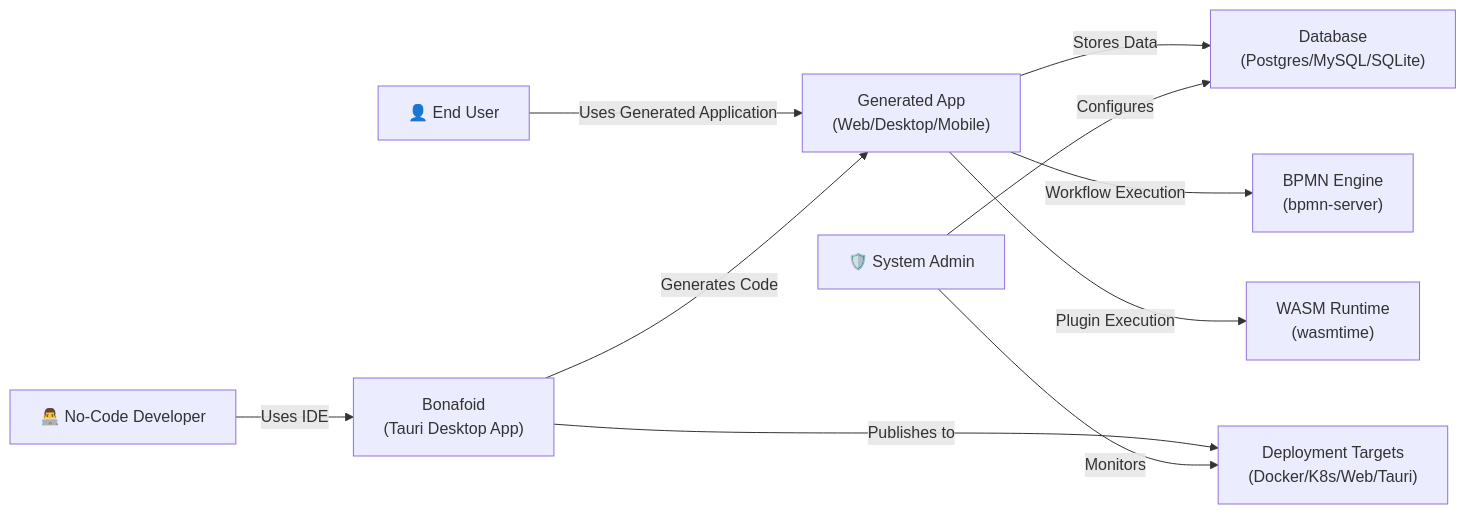
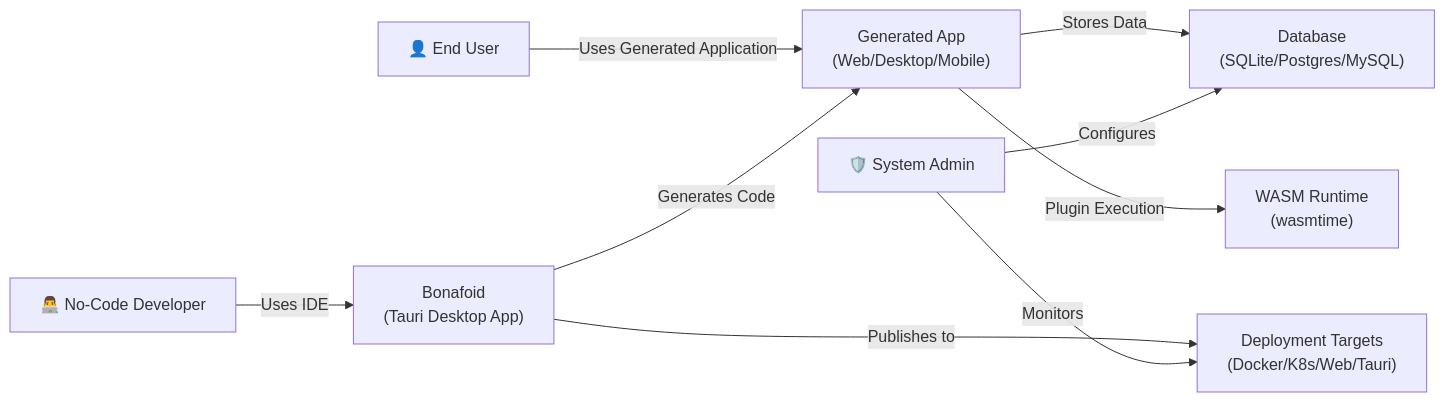
Before and after one commit to harrysuke/Bonafoid: the second of 16 diagrams in docs/System Architecture Diagrams.md, drawn with Mermaid. The commit also changed other lines of this file and 16 other files, not shown here.

````diff
--- a/docs/System Architecture Diagrams.md
+++ b/docs/System Architecture Diagrams.md
@@ -149,16 +149,15 @@
 ```mermaid
 graph LR
     User["👤 End User"] -->|"Uses Generated Application"| GenApp["Generated App<br/>(Web/Desktop/Mobile)"]
     
     Dev["👨‍💻 No-Code Developer"] -->|"Uses IDE"| NocodeIDE["Bonafoid<br/>(Tauri Desktop App)"]
     
     NocodeIDE -->|"Generates Code"| GenApp
     NocodeIDE -->|"Publishes to"| Deployment["Deployment Targets<br/>(Docker/K8s/Web/Tauri)"]
     
-    GenApp -->|"Stores Data"| Database["Database<br/>(Postgres/MySQL/SQLite)"]
-    GenApp -->|"Workflow Execution"| BPMN_Eng["BPMN Engine<br/>(bpmn-server)"]
+    GenApp -->|"Stores Data"| Database["Database<br/>(SQLite/Postgres/MySQL)"]
     GenApp -->|"Plugin Execution"| WasmRuntime["WASM Runtime<br/>(wasmtime)"]
     
     Admin["🛡️ System Admin"] -->|"Monitors"| Deployment
     Admin -->|"Configures"| Database
 ```
````
